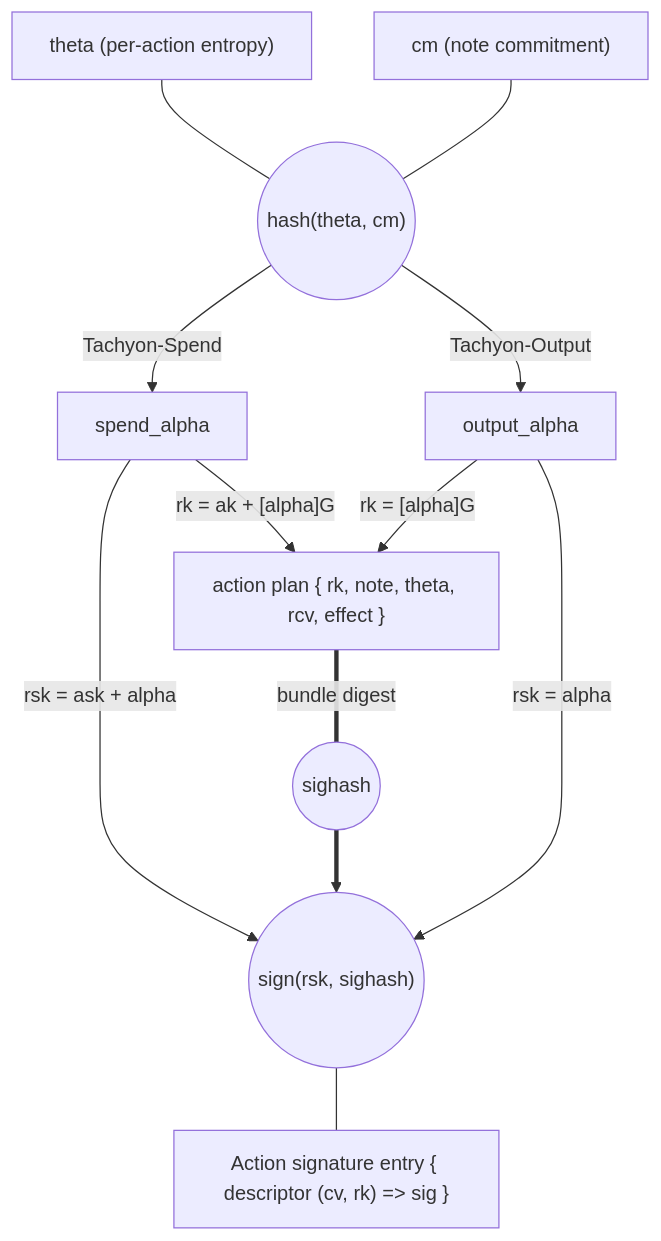
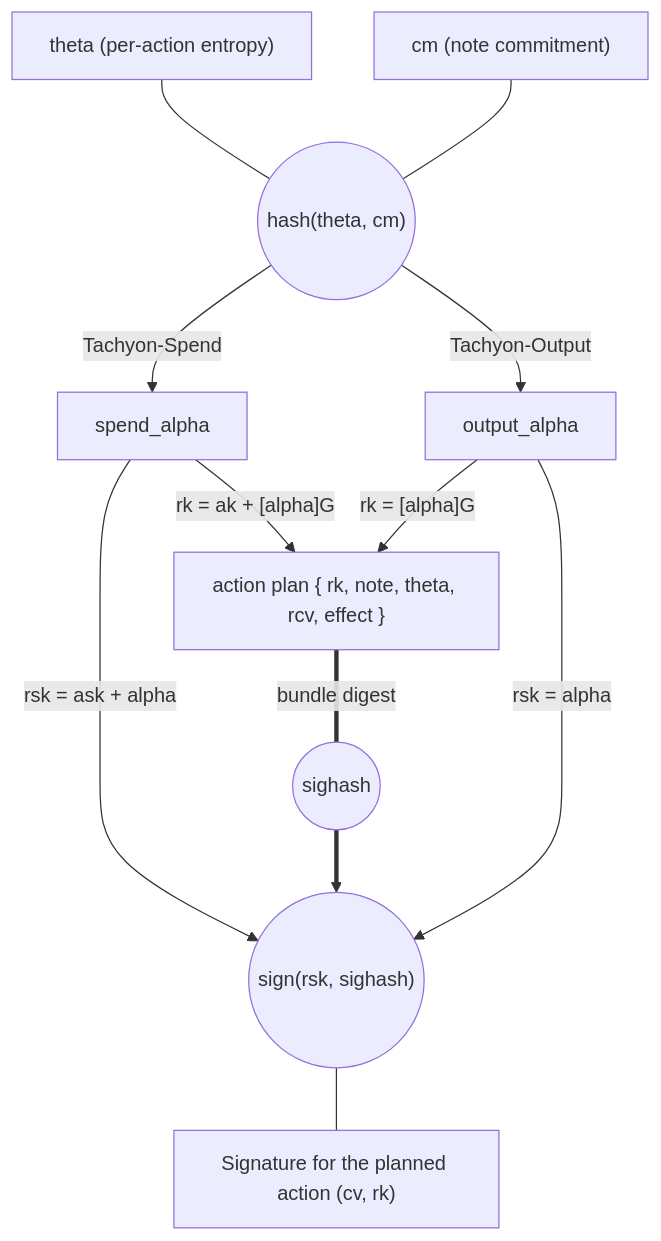
The first of 3 diagrams in book/src/authorization.md (tachyon-zcash/tachyon), drawn with Mermaid before and after one commit. The commit also changed other lines of this file and 10 other files, not shown here.

````diff
--- a/book/src/authorization.md
+++ b/book/src/authorization.md
@@ -12,24 +12,24 @@
 ```mermaid
 flowchart TB
     theta["theta (per-action entropy)"]
     cm["cm (note commitment)"]
     hash(("hash(theta, cm)"))
 
     theta & cm --- hash
 
     hash -->|"Tachyon-Spend"| spend_alpha
     hash -->|"Tachyon-Output"| output_alpha
 
     spend_alpha -->|"rk = ak + [alpha]G"| plan
     output_alpha -->|"rk = [alpha]G"| plan
 
     plan["action plan { rk, note, theta, rcv, effect }"]
     plan ===|"bundle digest"| sighash((sighash))
 
     spend_alpha -->|"rsk = ask + alpha"| sign
     sighash ==> sign
     output_alpha -->|"rsk = alpha"| sign
 
     sign(("sign(rsk, sighash)"))
-    sign --- action["Action signature entry { descriptor (cv, rk) => sig }"]
+    sign --- action["Signature for the planned action (cv, rk)"]
 ```
````
